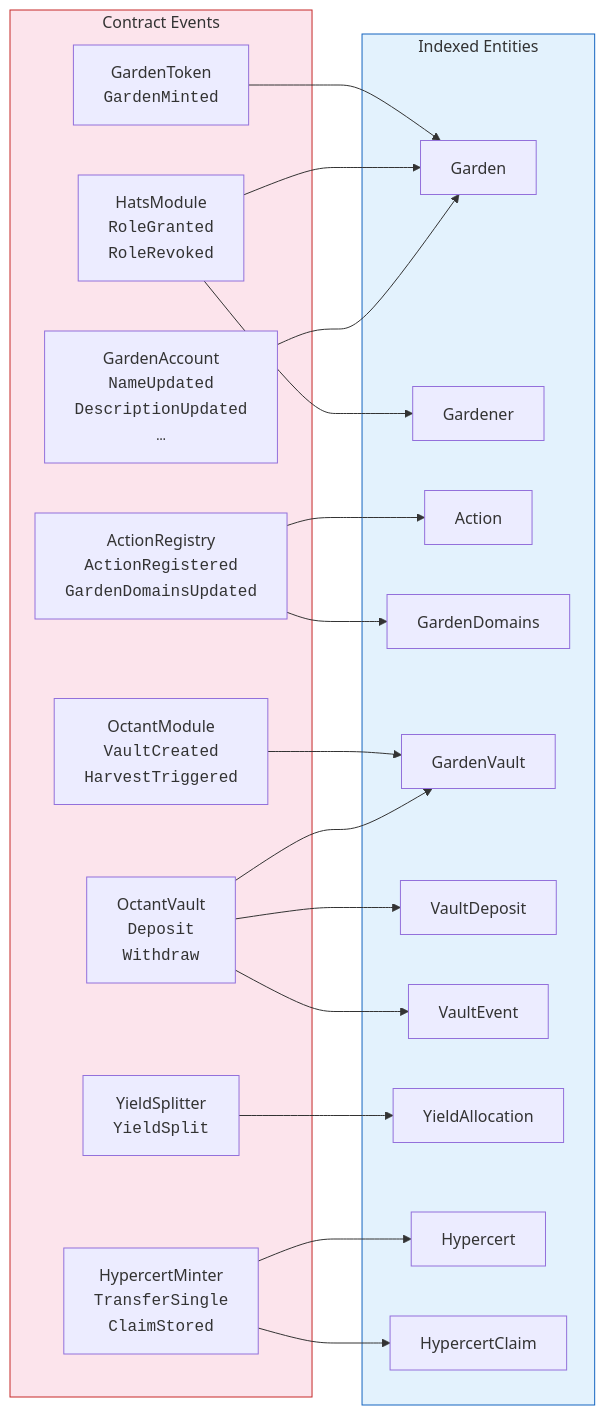
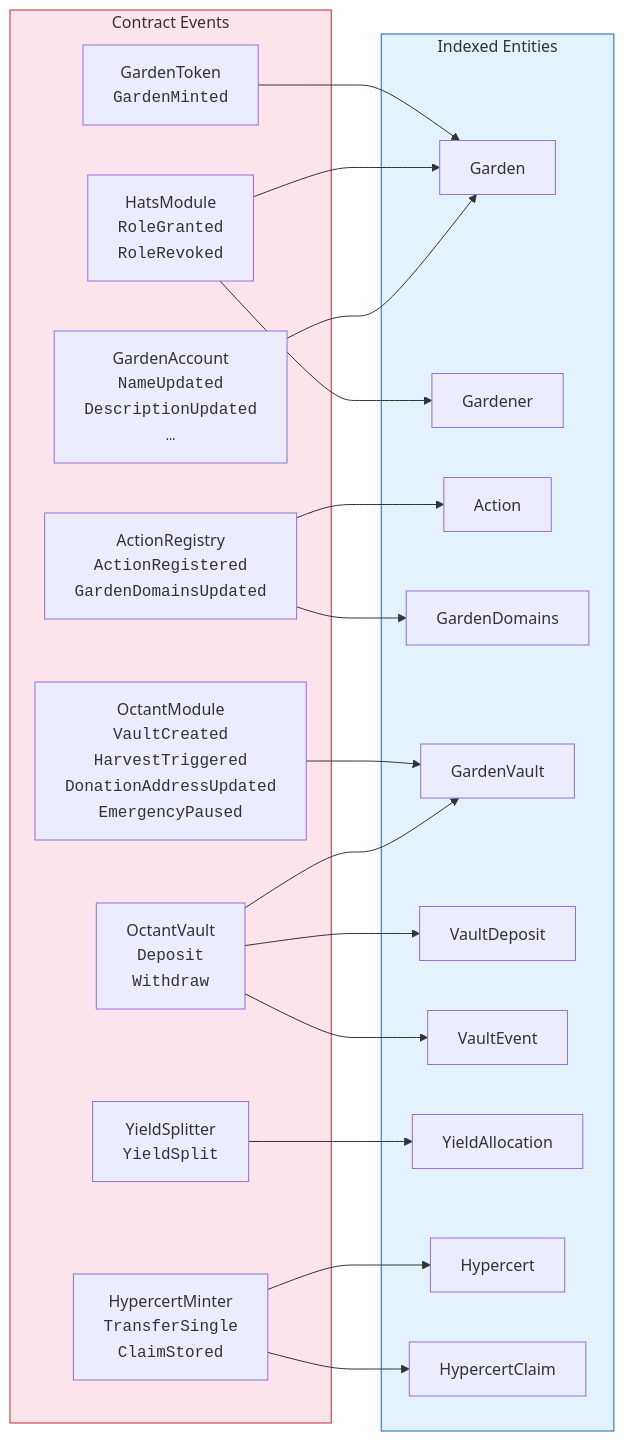
Before and after one commit to greenpill-dev-guild/green-goods: the fourth of 9 diagrams in docs/docs/developers/architecture.mdx, drawn with Mermaid. The commit also changed other lines of this file and 102 other files, not shown here.

````diff
--- a/docs/docs/developers/architecture.mdx
+++ b/docs/docs/developers/architecture.mdx
@@ -204,43 +196,43 @@
 ```mermaid
 graph LR
     subgraph Contracts["Contract Events"]
         E1["GardenToken<br/><code>GardenMinted</code>"]
         E2["HatsModule<br/><code>RoleGranted</code><br/><code>RoleRevoked</code>"]
         E3["ActionRegistry<br/><code>ActionRegistered</code><br/><code>GardenDomainsUpdated</code>"]
         E4["GardenAccount<br/><code>NameUpdated</code><br/><code>DescriptionUpdated</code><br/><code>…</code>"]
-        E5["OctantModule<br/><code>VaultCreated</code><br/><code>HarvestTriggered</code>"]
+        E5["OctantModule<br/><code>VaultCreated</code><br/><code>HarvestTriggered</code><br/><code>DonationAddressUpdated</code><br/><code>EmergencyPaused</code>"]
         E6["OctantVault<br/><code>Deposit</code><br/><code>Withdraw</code>"]
         E7["YieldSplitter<br/><code>YieldSplit</code>"]
         E8["HypercertMinter<br/><code>TransferSingle</code><br/><code>ClaimStored</code>"]
     end
 
     subgraph Entities["Indexed Entities"]
         G["Garden"]
         Gd["Gardener"]
         A["Action"]
         DD["GardenDomains"]
         GV["GardenVault"]
         VD["VaultDeposit"]
         VE["VaultEvent"]
         YA["YieldAllocation"]
         HC["Hypercert"]
         HCC["HypercertClaim"]
     end
 
     E1 --> G
     E2 --> G
     E2 --> Gd
     E3 --> A
     E3 --> DD
     E4 --> G
     E5 --> GV
     E6 --> VD
     E6 --> VE
     E6 --> GV
     E7 --> YA
     E8 --> HC
     E8 --> HCC
 
     style Contracts fill:#fce4ec,stroke:#c62828
     style Entities fill:#e3f2fd,stroke:#1565c0
 ```
````
